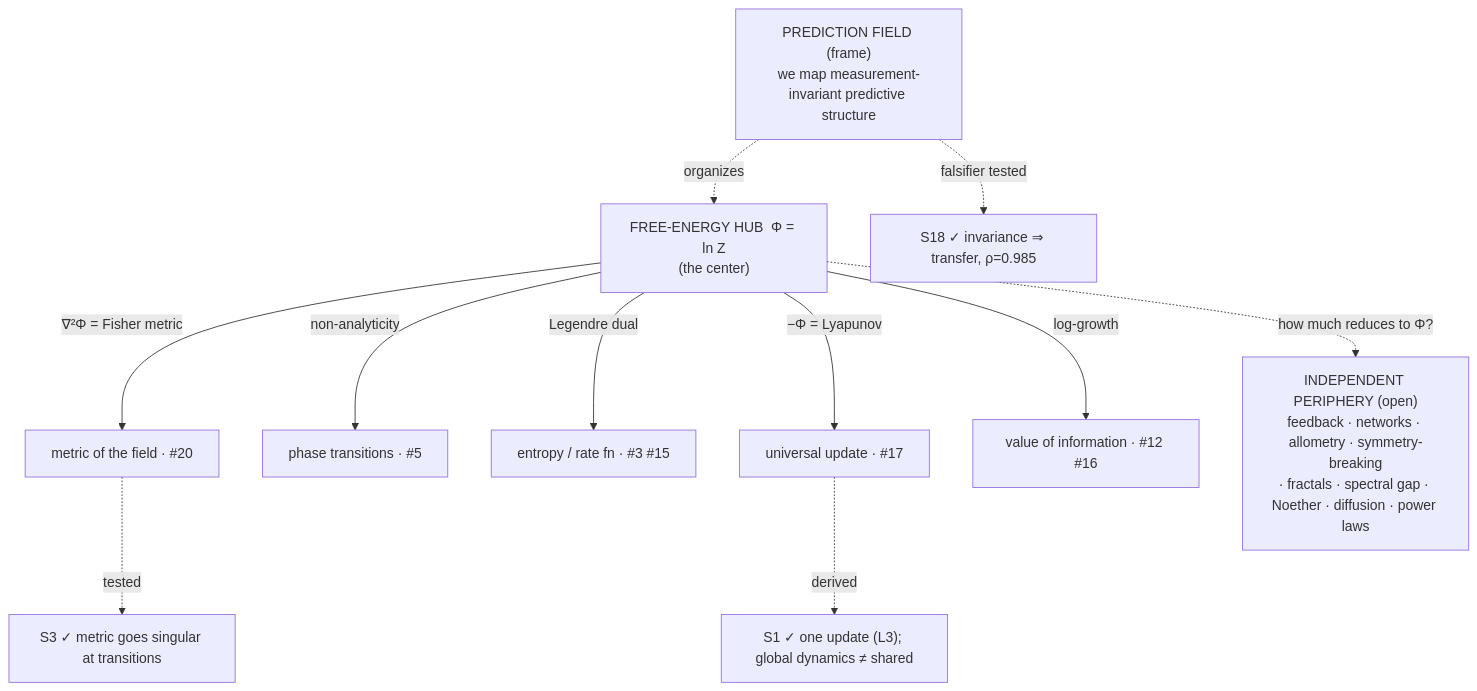
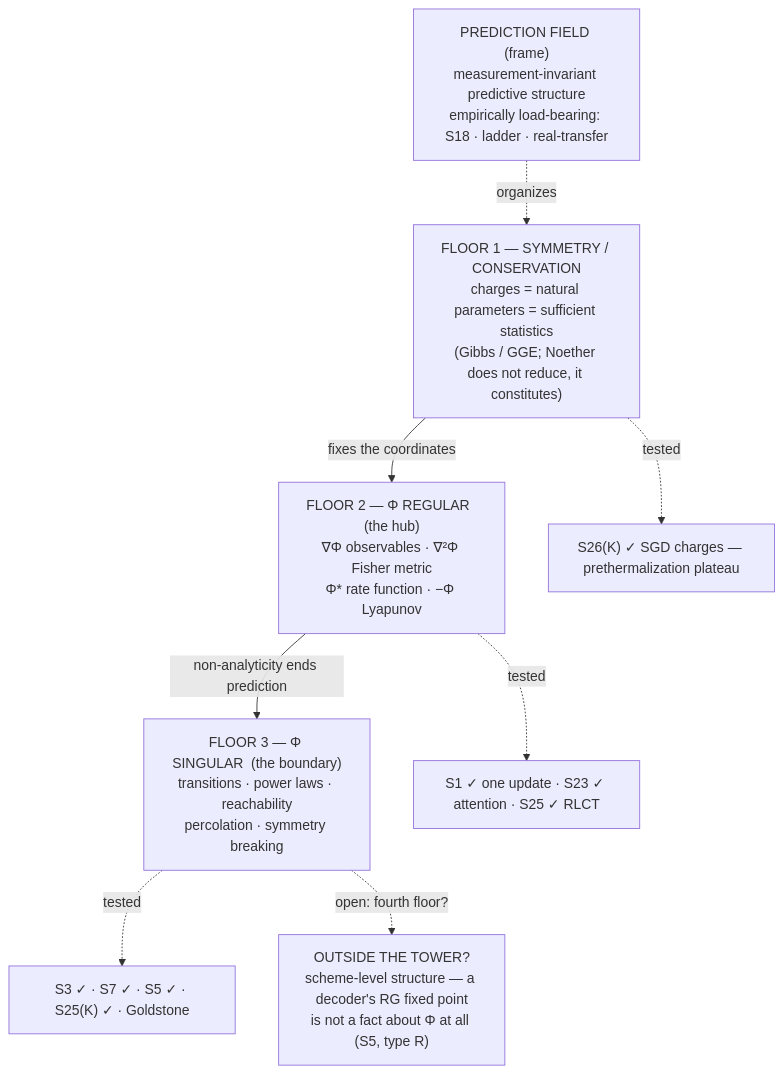
Before and after one commit to andrewmureddu/AI: the diagram in SYNTHESIS.md, drawn with Mermaid. The commit also changed other lines of this file and 10 other files, not shown here.

````diff
--- a/SYNTHESIS.md
+++ b/SYNTHESIS.md
@@ -74,19 +109,19 @@
 ```mermaid
 graph TB
-    FRAME["PREDICTION FIELD (frame)<br/>we map measurement-invariant predictive structure"]
-    PHI["FREE-ENERGY HUB&nbsp; Φ = ln Z<br/>(the center)"]
-    FRAME -. organizes .-> PHI
+    FRAME["PREDICTION FIELD (frame)<br/>measurement-invariant predictive structure<br/>empirically load-bearing: S18 · ladder · real-transfer"]
 
-    PHI -->|"∇²Φ = Fisher metric"| MET["metric of the field · #20"]
-    PHI -->|"non-analyticity"| SING["phase transitions · #5"]
-    PHI -->|"Legendre dual"| ENT["entropy / rate fn · #3 #15"]
-    PHI -->|"−Φ = Lyapunov"| UPD["universal update · #17"]
-    PHI -->|"log-growth"| VOI["value of information · #12 #16"]
+    SYM["FLOOR 1 — SYMMETRY / CONSERVATION<br/>charges = natural parameters = sufficient statistics<br/>(Gibbs / GGE; Noether does not reduce, it constitutes)"]
+    REG["FLOOR 2 — Φ REGULAR&nbsp; (the hub)<br/>∇Φ observables · ∇²Φ Fisher metric<br/>Φ* rate function · −Φ Lyapunov"]
+    SING["FLOOR 3 — Φ SINGULAR&nbsp; (the boundary)<br/>transitions · power laws · reachability<br/>percolation · symmetry breaking"]
 
-    MET -. tested .-> S3["S3 ✓ metric goes singular at transitions"]
-    UPD -. derived .-> S1["S1 ✓ one update (L3); global dynamics ≠ shared"]
-    FRAME -. falsifier tested .-> S18["S18 ✓ invariance ⇒ transfer, ρ=0.985"]
+    FRAME -. organizes .-> SYM
+    SYM -->|"fixes the coordinates"| REG
+    REG -->|"non-analyticity ends prediction"| SING
 
-    PERIPH["INDEPENDENT PERIPHERY (open)<br/>feedback · networks · allometry · symmetry-breaking<br/>· fractals · spectral gap · Noether · diffusion · power laws"]
-    PHI -. "how much reduces to Φ?" .-> PERIPH
+    SYM -. tested .-> T1["S26(K) ✓ SGD charges — prethermalization plateau"]
+    REG -. tested .-> T2["S1 ✓ one update · S23 ✓ attention · S25 ✓ RLCT"]
+    SING -. tested .-> T3["S3 ✓ · S7 ✓ · S5 ✓ · S25(K) ✓ · Goldstone"]
+
+    OUT["OUTSIDE THE TOWER?<br/>scheme-level structure — a decoder's RG fixed point<br/>is not a fact about Φ at all (S5, type R)"]
+    SING -. "open: fourth floor?" .-> OUT
 ```
````
